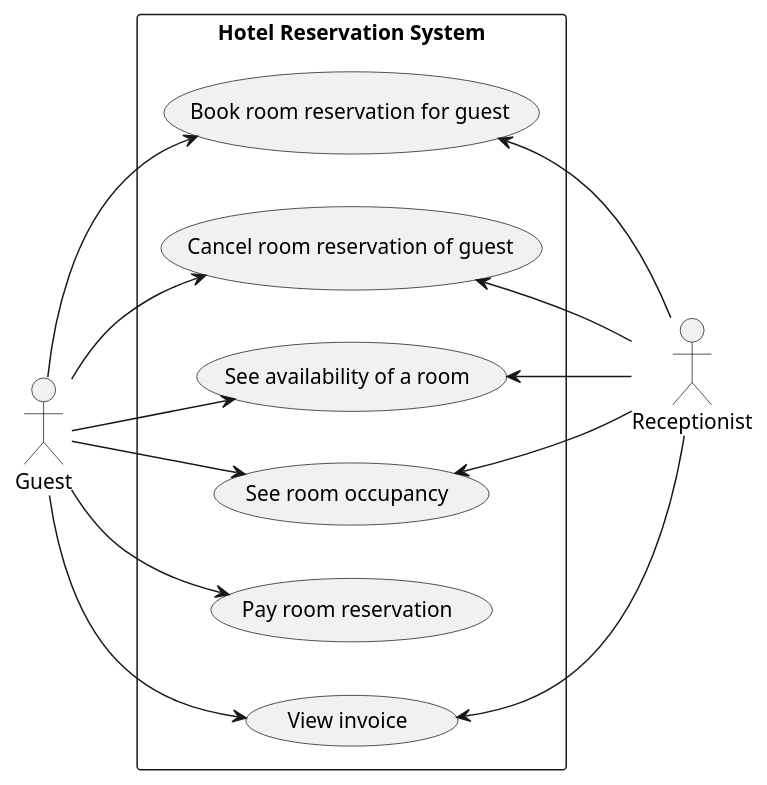
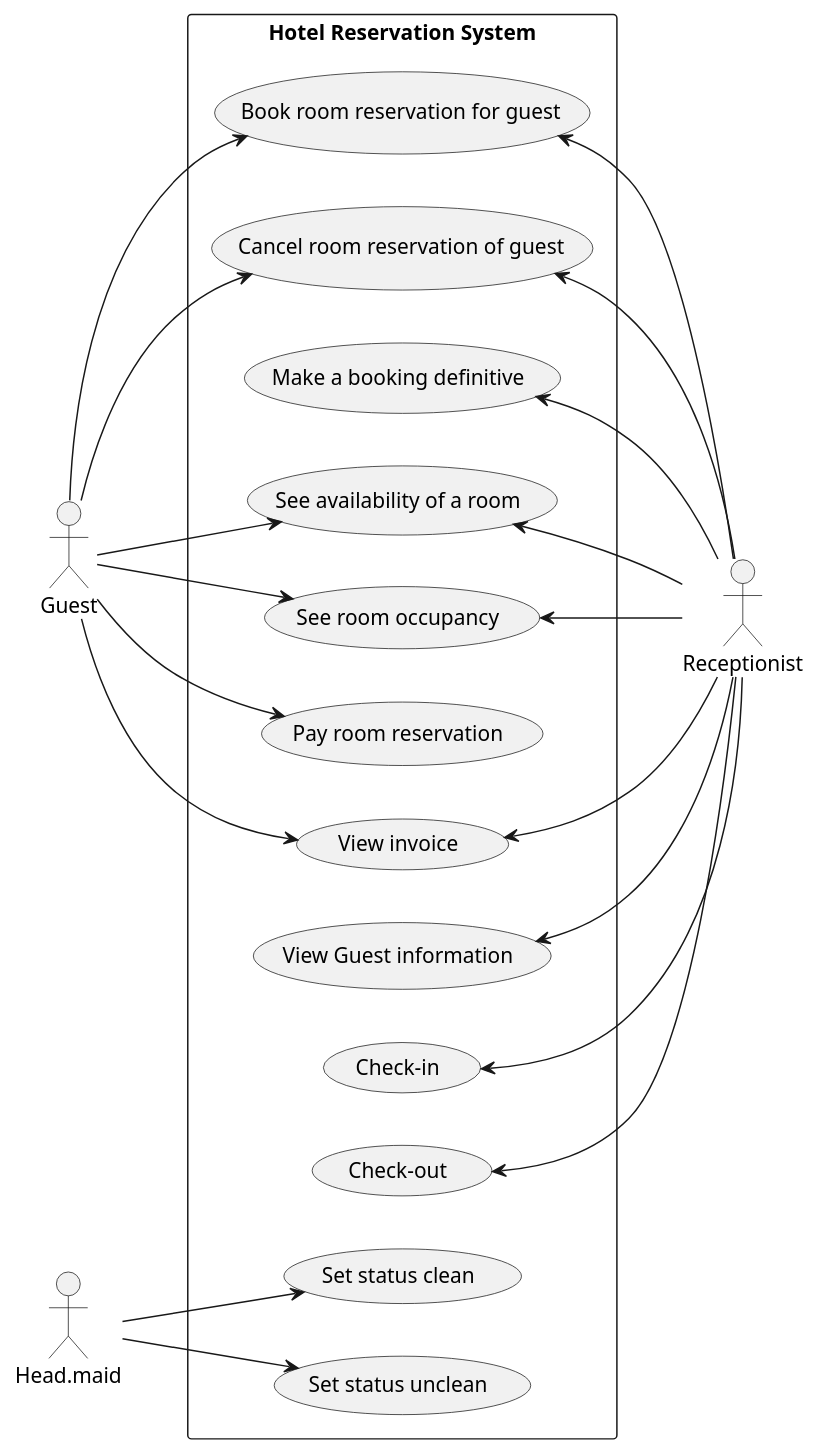
Before and after one commit to mrjink/molveno: the diagram in src/main/docs/uml/use-case/hotel/reservation.puml, drawn with PlantUML. The commit also changed 1 other file, not shown here.

Commit message:
Last version of UML. Added roles Security guard and House maid.

```diff
--- a/src/main/docs/uml/use-case/hotel/reservation.puml
+++ b/src/main/docs/uml/use-case/hotel/reservation.puml
@@ -1,30 +1,45 @@
 @startuml
 
 left to right direction
 
 actor Receptionist
 actor Guest
+actor Head.maid
 
 rectangle "Hotel Reservation System" {
     (Book room reservation for guest) as (RoomBook)
     (Cancel room reservation of guest) as (RoomCancel)
+    (Make a booking definitive) as (BookingDefinite)
     (See availability of a room) as (RoomAvailable)
     (See room occupancy) as (RoomOccupancy)
     (Pay room reservation) as (RoomPay)
     (View invoice) as (RoomInvoice)
+    (View Guest information) as (GuestInfo)
+    (Check-in) as (Checkin)
+    (Check-out) as (Checkout)
+    (Set status clean) as (StatusClean)
+    (Set status unclean) as (StatusUnclean)
 
     (RoomBook) <-- Receptionist
     (RoomCancel) <-- Receptionist
+    (BookingDefinite) <-- Receptionist
     (RoomAvailable) <-- Receptionist
     (RoomOccupancy) <-- Receptionist
     (RoomInvoice) <-- Receptionist
+    (GuestInfo) <--  Receptionist
+    (Checkin) <-- Receptionist
+    (Checkout) <-- Receptionist
 
     Guest --> (RoomBook)
     Guest --> (RoomCancel)
     Guest --> (RoomAvailable)
     Guest --> (RoomOccupancy)
     Guest --> (RoomPay)
     Guest --> (RoomInvoice)
+    Head.maid--> (StatusClean)
+    Head.maid--> (StatusUnclean)
+
+
 }
 
 @enduml
```
